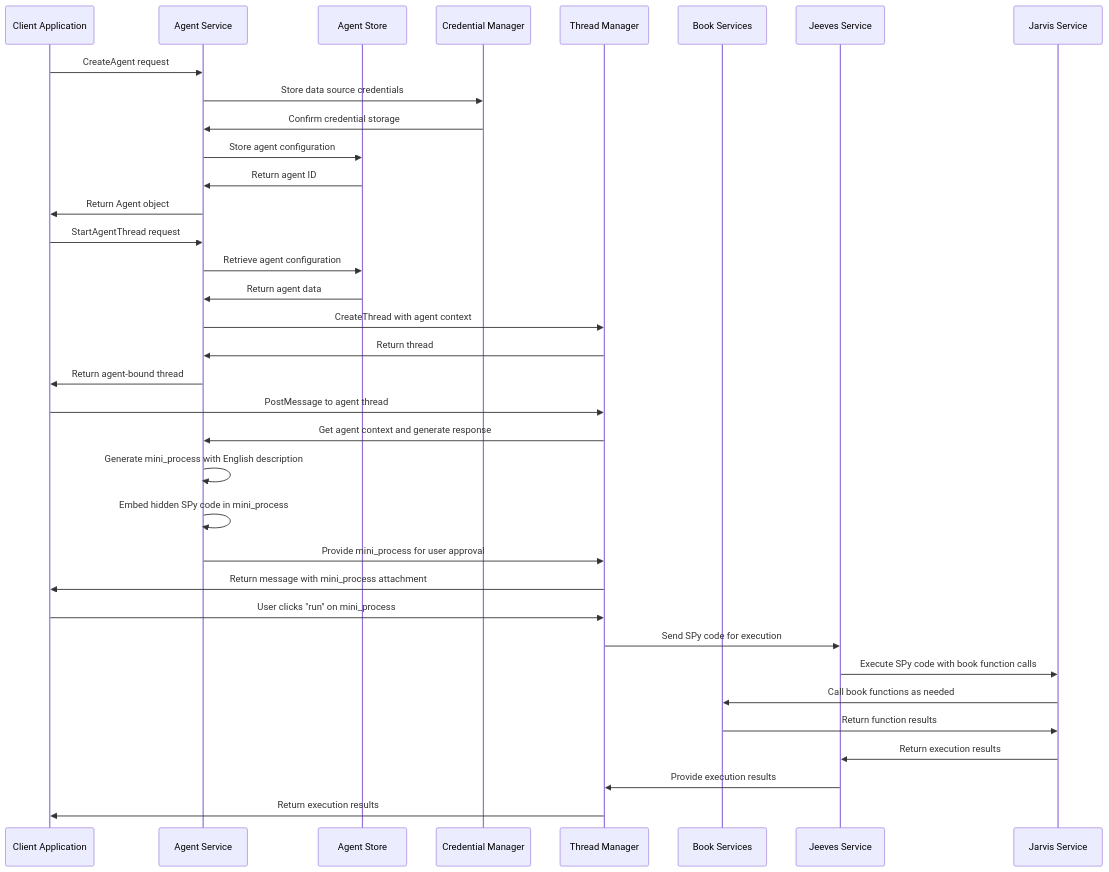
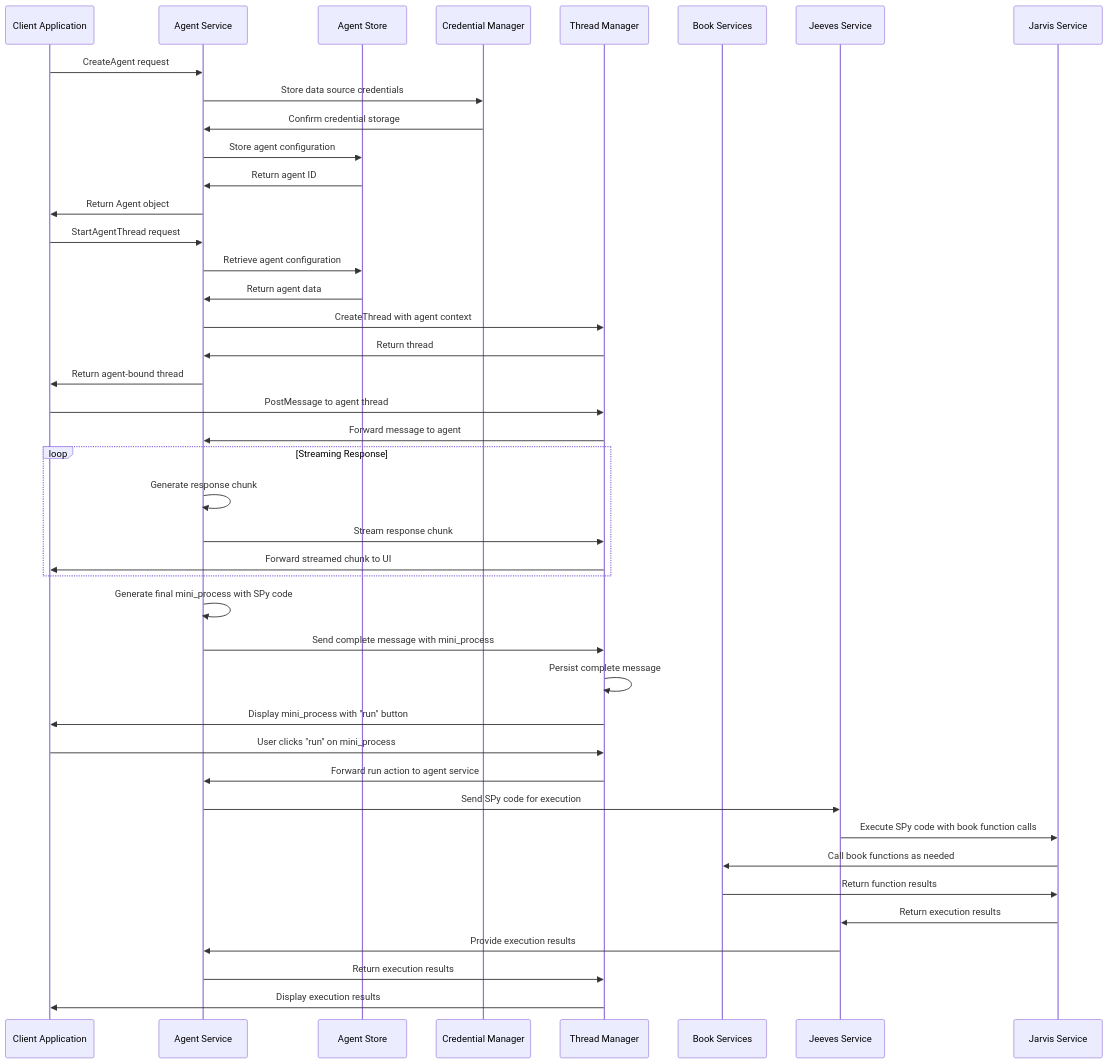
Before and after one commit to 3miliano/voyager-architecture: the diagram in docs/chat-agent-services/agent-service.md, drawn with Mermaid. The commit also changed other lines of this file and 1 other file, not shown here.

First line of the commit message:
Add streaming chat and action coordination architecture

````diff
--- a/docs/chat-agent-services/agent-service.md
+++ b/docs/chat-agent-services/agent-service.md
@@ -111,41 +115,50 @@
 ```mermaid
 sequenceDiagram
     participant Client as Client Application
     participant AgentSvc as Agent Service
     participant AgentStore as Agent Store
     participant CredMgr as Credential Manager
     participant ThreadMgr as Thread Manager
     participant Books as Book Services
     participant Jeeves as Jeeves Service
     participant Jarvis as Jarvis Service
 
     Client->>AgentSvc: CreateAgent request
     AgentSvc->>CredMgr: Store data source credentials
     CredMgr->>AgentSvc: Confirm credential storage
     AgentSvc->>AgentStore: Store agent configuration
     AgentStore->>AgentSvc: Return agent ID
     AgentSvc->>Client: Return Agent object
 
     Client->>AgentSvc: StartAgentThread request
     AgentSvc->>AgentStore: Retrieve agent configuration
     AgentStore->>AgentSvc: Return agent data
     AgentSvc->>ThreadMgr: CreateThread with agent context
     ThreadMgr->>AgentSvc: Return thread
     AgentSvc->>Client: Return agent-bound thread
 
     Client->>ThreadMgr: PostMessage to agent thread
-    ThreadMgr->>AgentSvc: Get agent context and generate response
-    AgentSvc->>AgentSvc: Generate mini_process with English description
-    AgentSvc->>AgentSvc: Embed hidden SPy code in mini_process
-    AgentSvc->>ThreadMgr: Provide mini_process for user approval
-    ThreadMgr->>Client: Return message with mini_process attachment
+    ThreadMgr->>AgentSvc: Forward message to agent
+    
+    loop Streaming Response
+        AgentSvc->>AgentSvc: Generate response chunk
+        AgentSvc->>ThreadMgr: Stream response chunk
+        ThreadMgr->>Client: Forward streamed chunk to UI
+    end
+    
+    AgentSvc->>AgentSvc: Generate final mini_process with SPy code
+    AgentSvc->>ThreadMgr: Send complete message with mini_process
+    ThreadMgr->>ThreadMgr: Persist complete message
+    ThreadMgr->>Client: Display mini_process with "run" button
     
     Client->>ThreadMgr: User clicks "run" on mini_process
-    ThreadMgr->>Jeeves: Send SPy code for execution
+    ThreadMgr->>AgentSvc: Forward run action to agent service
+    AgentSvc->>Jeeves: Send SPy code for execution
     Jeeves->>Jarvis: Execute SPy code with book function calls
     Jarvis->>Books: Call book functions as needed
     Books->>Jarvis: Return function results
     Jarvis->>Jeeves: Return execution results
-    Jeeves->>ThreadMgr: Provide execution results
-    ThreadMgr->>Client: Return execution results
+    Jeeves->>AgentSvc: Provide execution results
+    AgentSvc->>ThreadMgr: Return execution results
+    ThreadMgr->>Client: Display execution results
 ```
````
